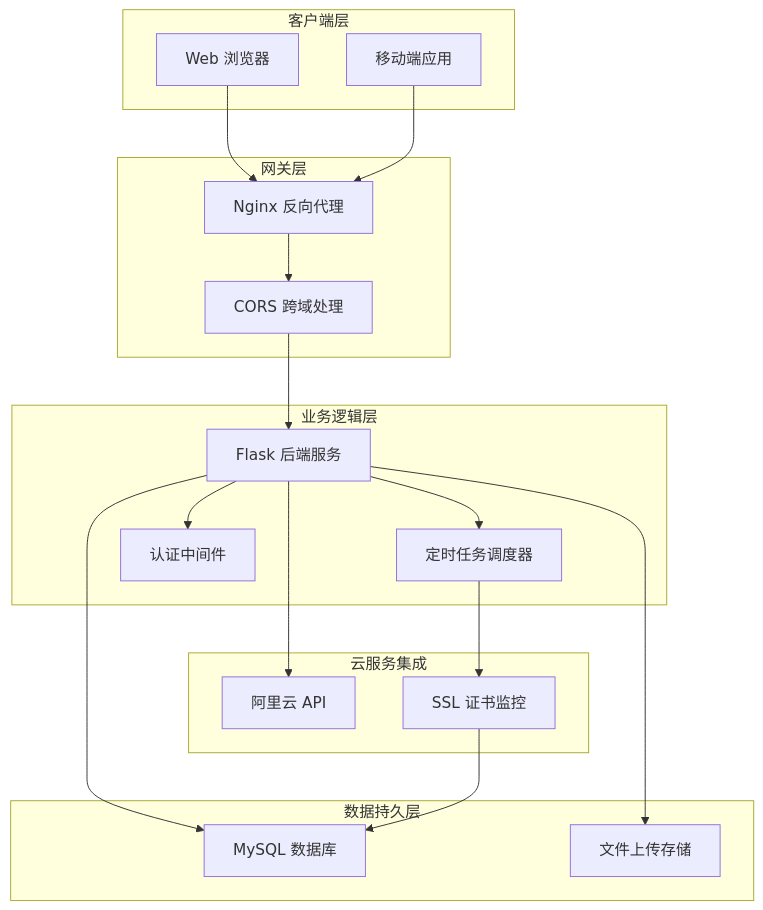
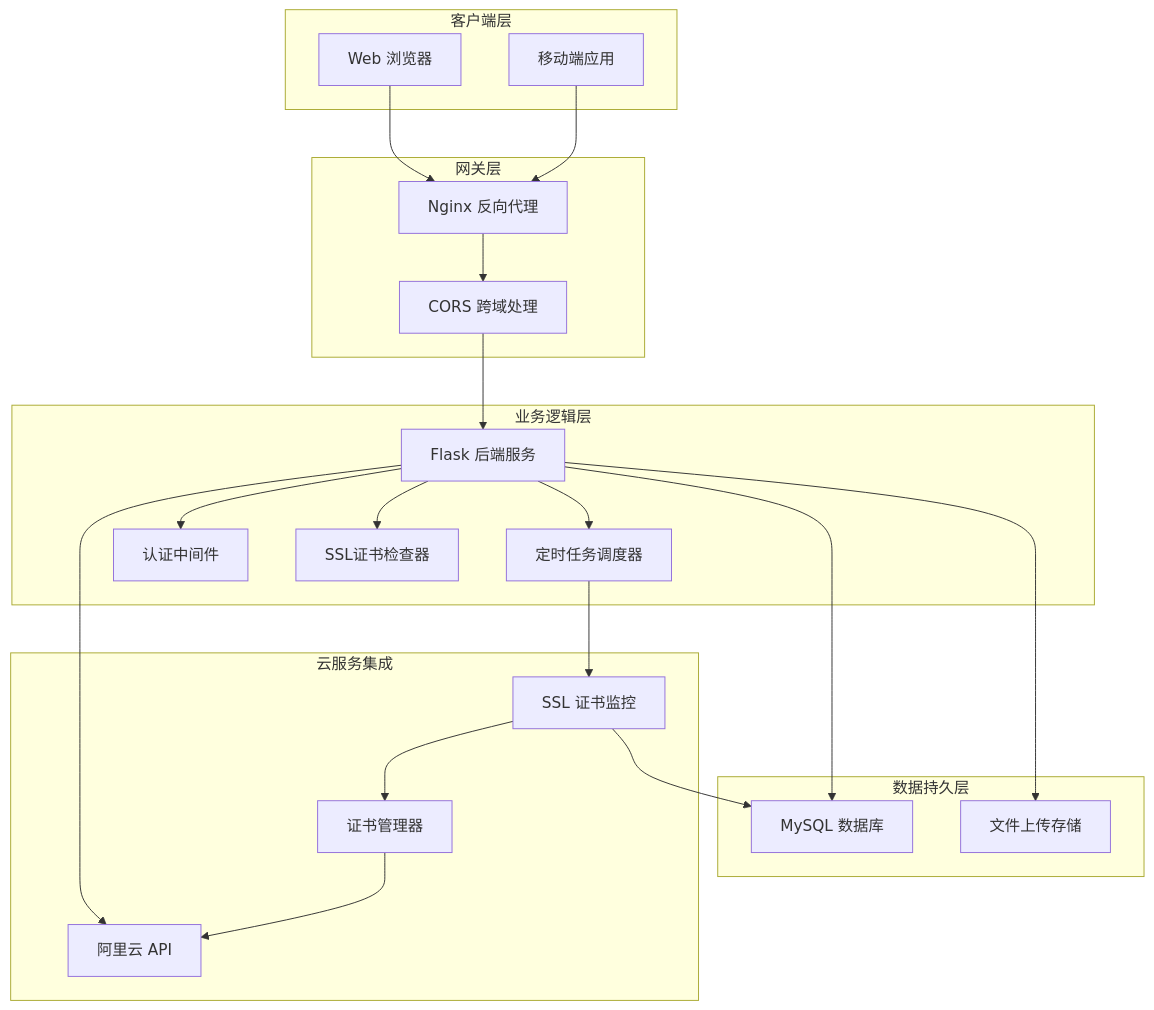
One commit to ismine3/OPS changed the second of 15 diagrams in .qoder/repowiki/zh/content/核心功能模块/阿里云集成系统.md. Above: the diagram before and after it, drawn with Mermaid. The commit also changed other lines of this file and 13 other files, not shown here.

````diff
--- a/.qoder/repowiki/zh/content/核心功能模块/阿里云集成系统.md
+++ b/.qoder/repowiki/zh/content/核心功能模块/阿里云集成系统.md
@@ -124,35 +137,40 @@
 ```mermaid
 graph TB
 subgraph "客户端层"
 Browser[Web 浏览器]
 Mobile[移动端应用]
 end
 subgraph "网关层"
 Nginx[Nginx 反向代理]
 CORS[CORS 跨域处理]
 end
 subgraph "业务逻辑层"
 Backend[Flask 后端服务]
 Scheduler[定时任务调度器]
 Auth[认证中间件]
+SSLChecker[SSL证书检查器]
 end
 subgraph "数据持久层"
 MySQL[MySQL 数据库]
 Uploads[文件上传存储]
 end
 subgraph "云服务集成"
 Aliyun[阿里云 API]
 Monitor[SSL 证书监控]
+CertManager[证书管理器]
 end
 Browser --> Nginx
 Mobile --> Nginx
 Nginx --> CORS
 CORS --> Backend
 Backend --> Auth
 Backend --> Scheduler
+Backend --> SSLChecker
 Backend --> MySQL
 Backend --> Uploads
 Backend --> Aliyun
 Scheduler --> Monitor
 Monitor --> MySQL
+Monitor --> CertManager
+CertManager --> Aliyun
 ```
````
